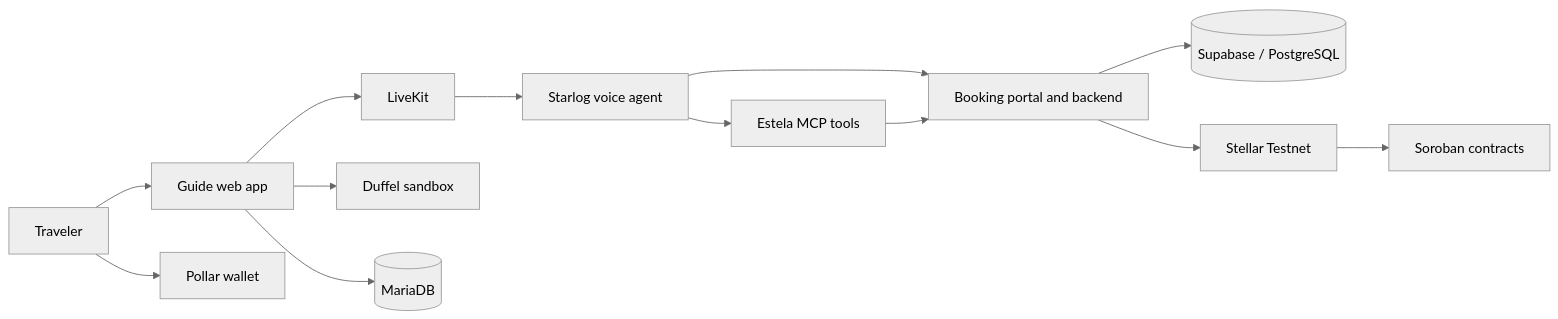
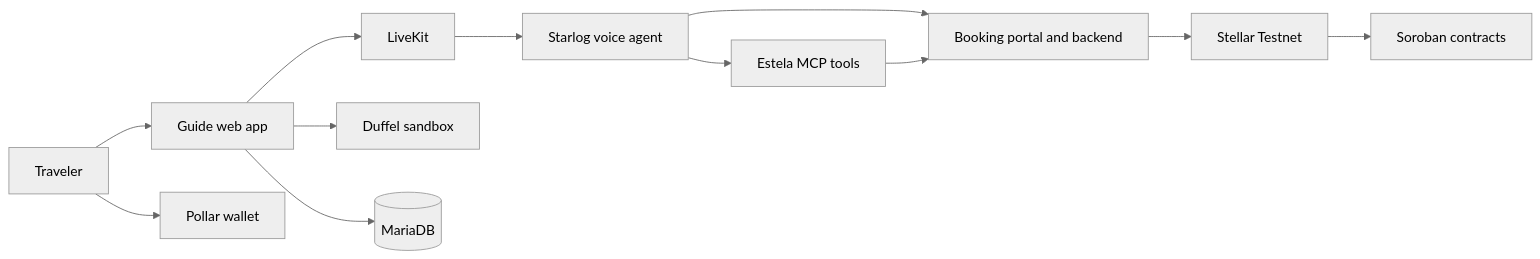
Before and after one commit to yedidromero/Starlog: the diagram in README.md, drawn with Mermaid (neutral theme). The commit also changed other lines of this file, not shown here.

Commit message:
Remove PostgreSQL setup from root README

```diff
--- a/README.md
+++ b/README.md
@@ -21,15 +21,14 @@
 ~~~mermaid
 flowchart LR
   Traveler --> Guide[Guide web app]
   Guide --> LiveKit[LiveKit]
   LiveKit --> Agent[Starlog voice agent]
   Agent --> MCP[Estela MCP tools]
   Guide --> Duffel[Duffel sandbox]
   Agent --> Web[Booking portal and backend]
   MCP --> Web
-  Web --> Database[(Supabase / PostgreSQL)]
   Guide --> MariaDB[(MariaDB)]
   Web --> Stellar[Stellar Testnet]
   Stellar --> Soroban[Soroban contracts]
   Traveler --> Pollar[Pollar wallet]
 ~~~
```
